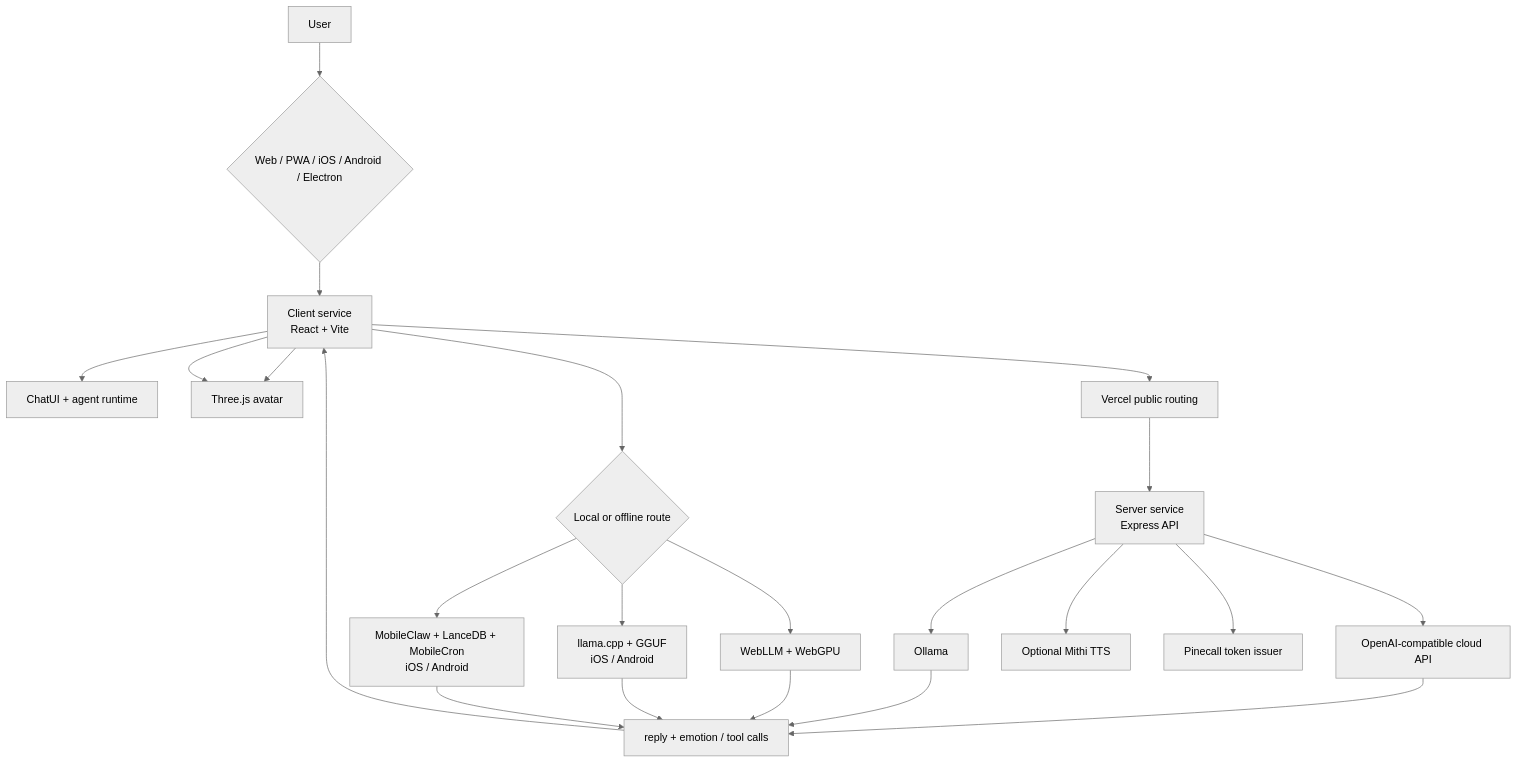
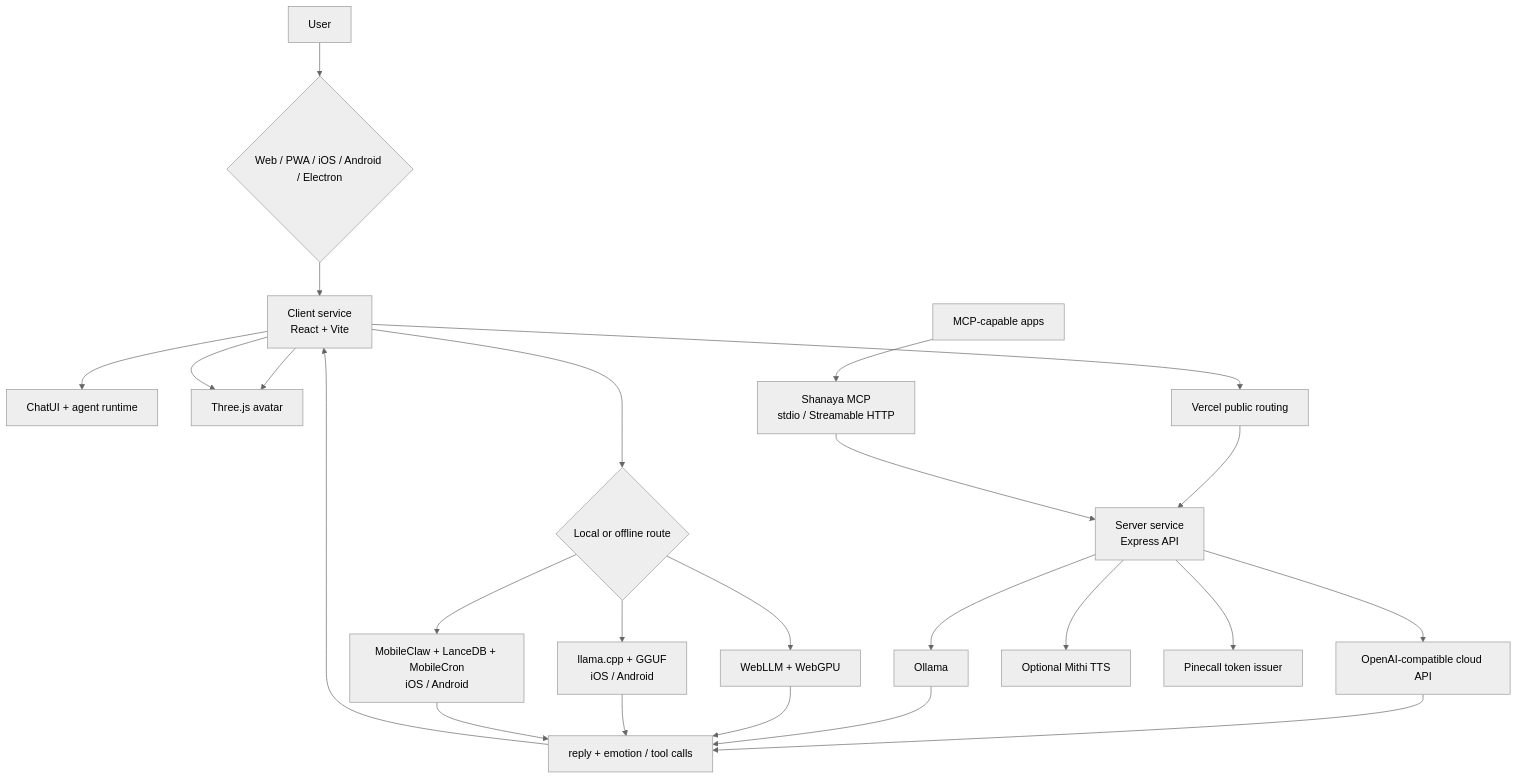
One commit to HarshTambade/Shanaya-Your-AI-companion changed the diagram in README.md. Above: the diagram before and after it, drawn with Mermaid (neutral theme). The commit also changed other lines of this file and 10 other files, not shown here.

````diff
--- a/README.md
+++ b/README.md
@@ -82,24 +83,26 @@
 ```mermaid
 flowchart TD
     User["User"] --> Surface{"Web / PWA / iOS / Android / Electron"}
     Surface --> Client["Client service<br/>React + Vite"]
     Client --> UI["ChatUI + agent runtime"]
     Client --> Avatar["Three.js avatar"]
     Client --> Local{"Local or offline route"}
     Client --> Vercel["Vercel public routing"]
     Vercel --> API["Server service<br/>Express API"]
+    MCPClient["MCP-capable apps"] --> MCP["Shanaya MCP<br/>stdio / Streamable HTTP"]
+    MCP --> API
     Local --> WebLLM["WebLLM + WebGPU"]
     Local --> Llama["llama.cpp + GGUF<br/>iOS / Android"]
     Local --> NativeAgent["MobileClaw + LanceDB + MobileCron<br/>iOS / Android"]
     API --> Cloud["OpenAI-compatible cloud API"]
     API --> Ollama["Ollama"]
     API --> TTS["Optional Mithi TTS"]
     API --> Pinecall["Pinecall token issuer"]
     Cloud --> Result["reply + emotion / tool calls"]
     Ollama --> Result
     WebLLM --> Result
     Llama --> Result
     NativeAgent --> Result
     Result --> Client
     Client --> Avatar
 ```
````
